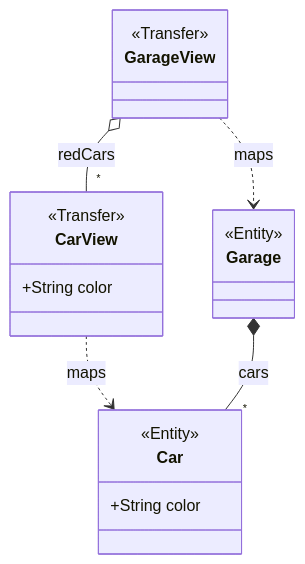
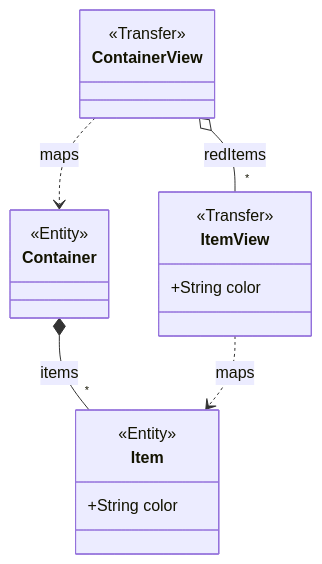
The diagram in catalog/best-practices/model/derived-relation-membership-invariant.md (BlackBeltTechnology/judo-blueprint), drawn with Mermaid before and after one commit. The commit also changed other lines of this file and 538 other files, not shown here.

````diff
--- a/catalog/best-practices/model/derived-relation-membership-invariant.md
+++ b/catalog/best-practices/model/derived-relation-membership-invariant.md
@@ -78,21 +78,21 @@
 ```mermaid
 classDiagram
-  class Car {
+  class Container {
+    <<Entity>>
+  }
+  class ContainerView {
+    <<Transfer>>
+  }
+  class Item {
     <<Entity>>
     +String color
   }
-  class CarView {
+  class ItemView {
     <<Transfer>>
     +String color
   }
-  class Garage {
-    <<Entity>>
-  }
-  class GarageView {
-    <<Transfer>>
-  }
-  CarView ..> Car : maps
-  Garage *-- "*" Car : cars
-  GarageView ..> Garage : maps
-  GarageView o-- "*" CarView : redCars
+  Container *-- "*" Item : items
+  ContainerView ..> Container : maps
+  ContainerView o-- "*" ItemView : redItems
+  ItemView ..> Item : maps
 ```
````
